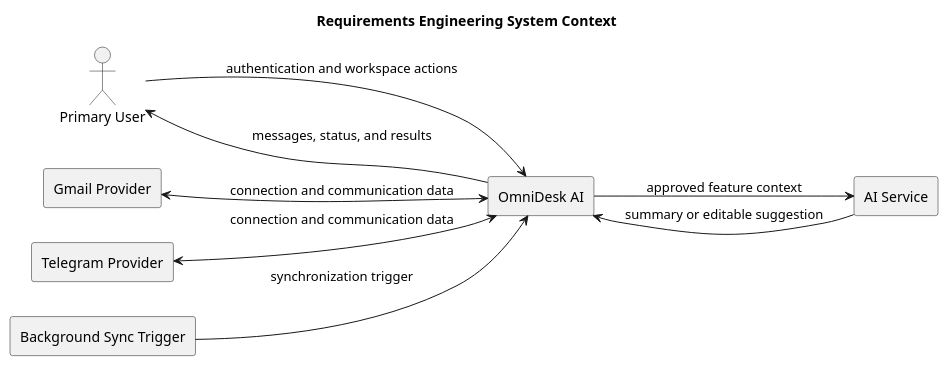
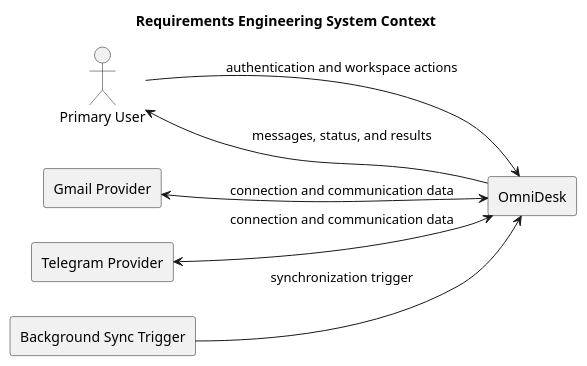
Before and after one commit to Farhad-Valizadegan/Web-OmniDesk: the diagram in docs/SDLC/02-requirements-engineering/diagrams/system-context-diagram.puml, drawn with PlantUML. The commit also changed 177 other files, not shown here.

Commit message:
Prepare OmniDesk MVP and secure per-user integrations

```diff
--- a/docs/SDLC/02-requirements-engineering/diagrams/system-context-diagram.puml
+++ b/docs/SDLC/02-requirements-engineering/diagrams/system-context-diagram.puml
@@ -1,21 +1,18 @@
 @startuml
 title Requirements Engineering System Context
 
 left to right direction
 skinparam componentStyle rectangle
 
 actor "Primary User" as User
 rectangle "Gmail Provider" as Gmail
 rectangle "Telegram Provider" as Telegram
-rectangle "AI Service" as AI
 rectangle "Background Sync Trigger" as Sync
-rectangle "OmniDesk AI" as System
+rectangle "OmniDesk" as System
 
 User --> System : authentication and workspace actions
 Gmail <--> System : connection and communication data
 Telegram <--> System : connection and communication data
 Sync --> System : synchronization trigger
-System --> AI : approved feature context
-AI --> System : summary or editable suggestion
 System --> User : messages, status, and results
 @enduml
```
